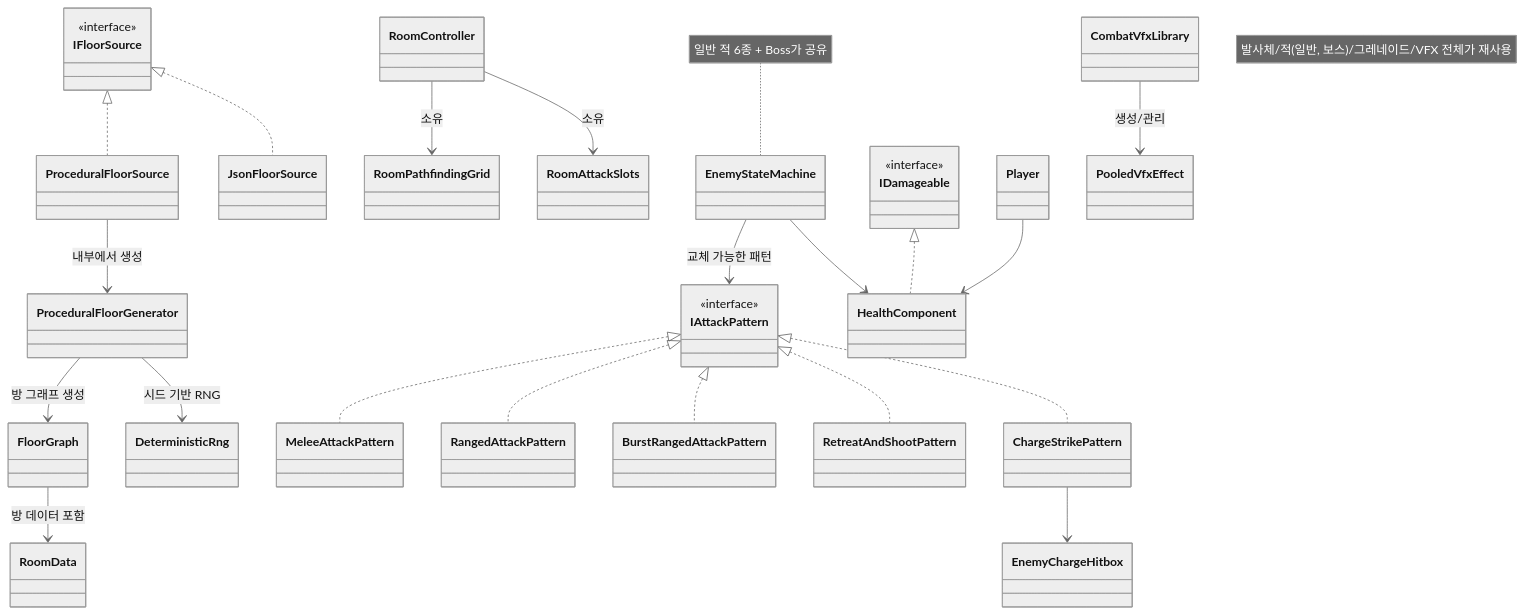
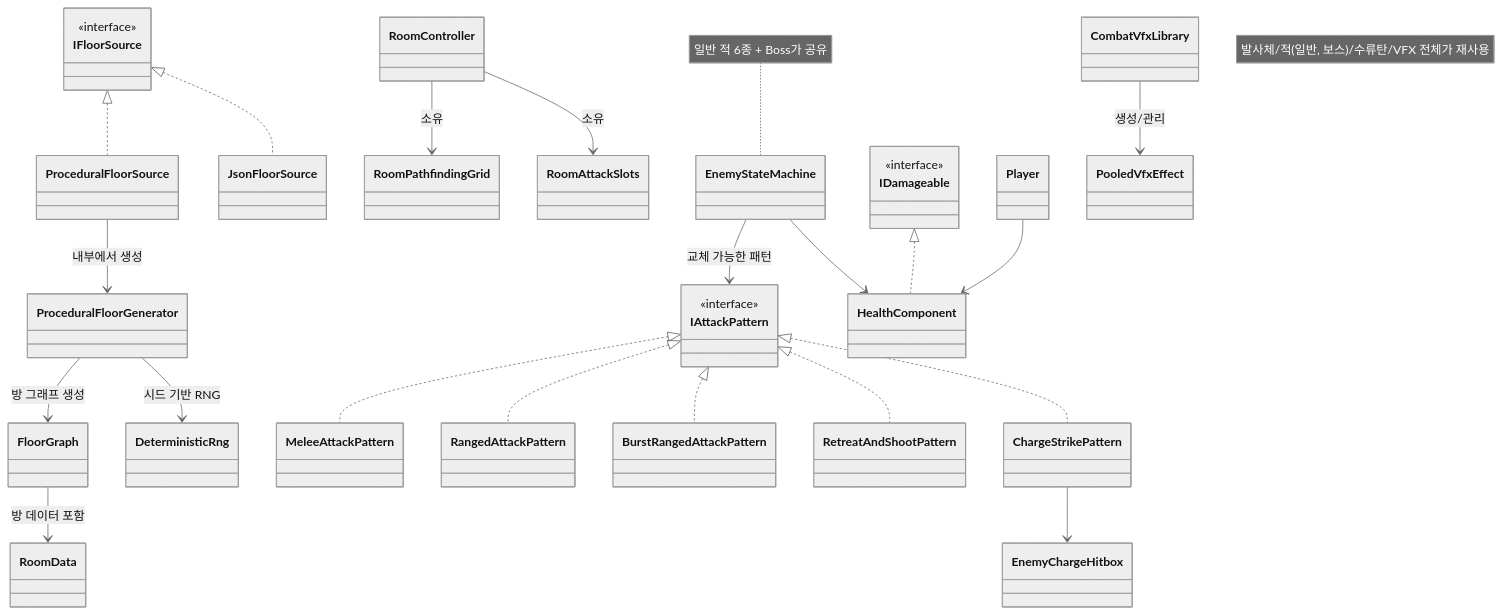
One commit to highfive37/RogueLike changed the diagram in Docs/PortfolioDetail.md. Above: the diagram before and after it, drawn with Mermaid (neutral theme). The commit also changed other lines of this file, not shown here.

````diff
--- a/Docs/PortfolioDetail.md
+++ b/Docs/PortfolioDetail.md
@@ -51,36 +50,36 @@
 ```mermaid
 classDiagram
     %% 절차적 던전 생성 (4.1)
     class IFloorSource { <<interface>> }
     IFloorSource <|.. ProceduralFloorSource
     IFloorSource <|.. JsonFloorSource
     ProceduralFloorSource --> ProceduralFloorGenerator : 내부에서 생성
     ProceduralFloorGenerator --> FloorGraph : 방 그래프 생성
     ProceduralFloorGenerator --> DeterministicRng : 시드 기반 RNG
     FloorGraph --> RoomData : 방 데이터 포함
 
     %% 경로탐색 및 포메이션 (4.2)
     RoomController --> RoomPathfindingGrid : 소유
     RoomController --> RoomAttackSlots : 소유
 
     %% FSM 및 전투 시스템 (4.3)
     class IAttackPattern { <<interface>> }
     IAttackPattern <|.. MeleeAttackPattern
     IAttackPattern <|.. RangedAttackPattern
     IAttackPattern <|.. BurstRangedAttackPattern
     IAttackPattern <|.. RetreatAndShootPattern
     IAttackPattern <|.. ChargeStrikePattern
     ChargeStrikePattern --> EnemyChargeHitbox
     EnemyStateMachine --> IAttackPattern : 교체 가능한 패턴
     note for EnemyStateMachine "일반 적 6종 + Boss가 공유"
 
     %% 공용 피격 시스템 (플레이어/적/보스 전체 교차)
     class IDamageable { <<interface>> }
     IDamageable <|.. HealthComponent
     Player --> HealthComponent
     EnemyStateMachine --> HealthComponent
 
     %% 오브젝트 및 VFX 풀링 (4.5)
     CombatVfxLibrary --> PooledVfxEffect : 생성/관리
-    note for GameObjectPool "발사체/적(일반, 보스)/그레네이드/VFX 전체가 재사용"
+    note for GameObjectPool "발사체/적(일반, 보스)/수류탄/VFX 전체가 재사용"
 ```
````
